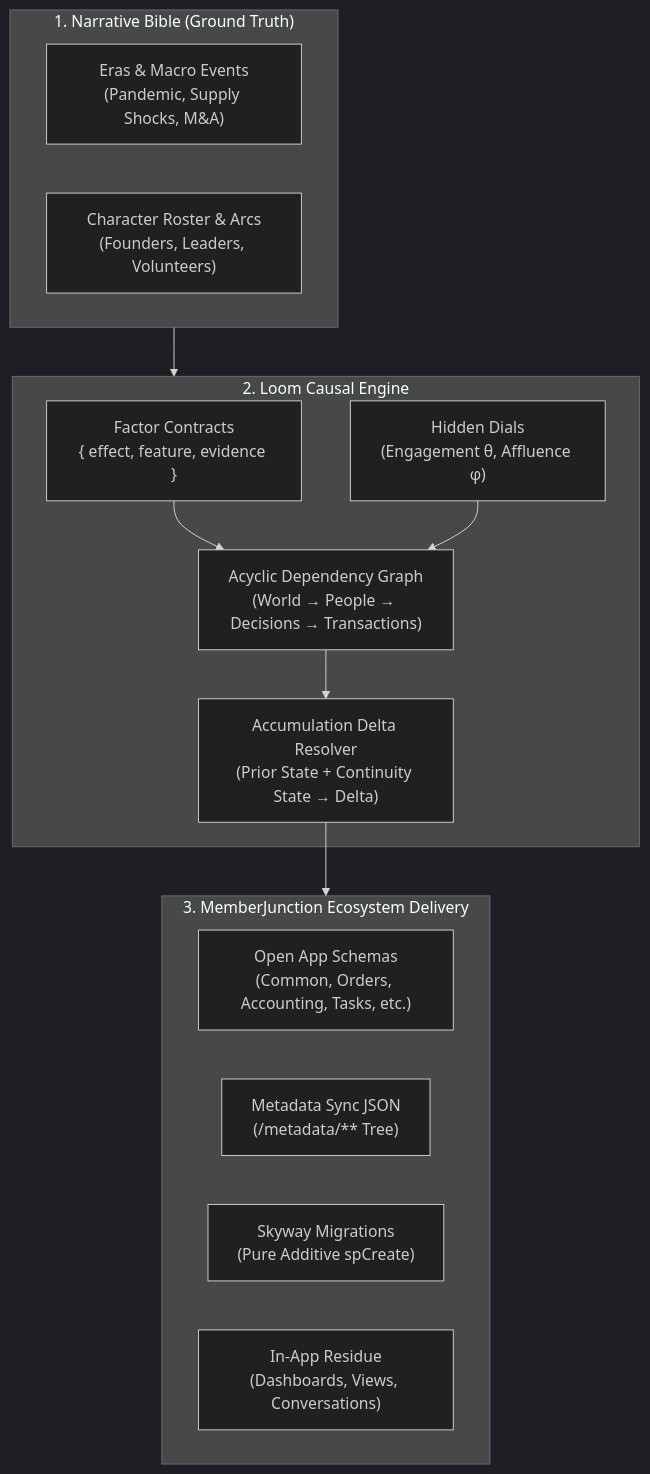
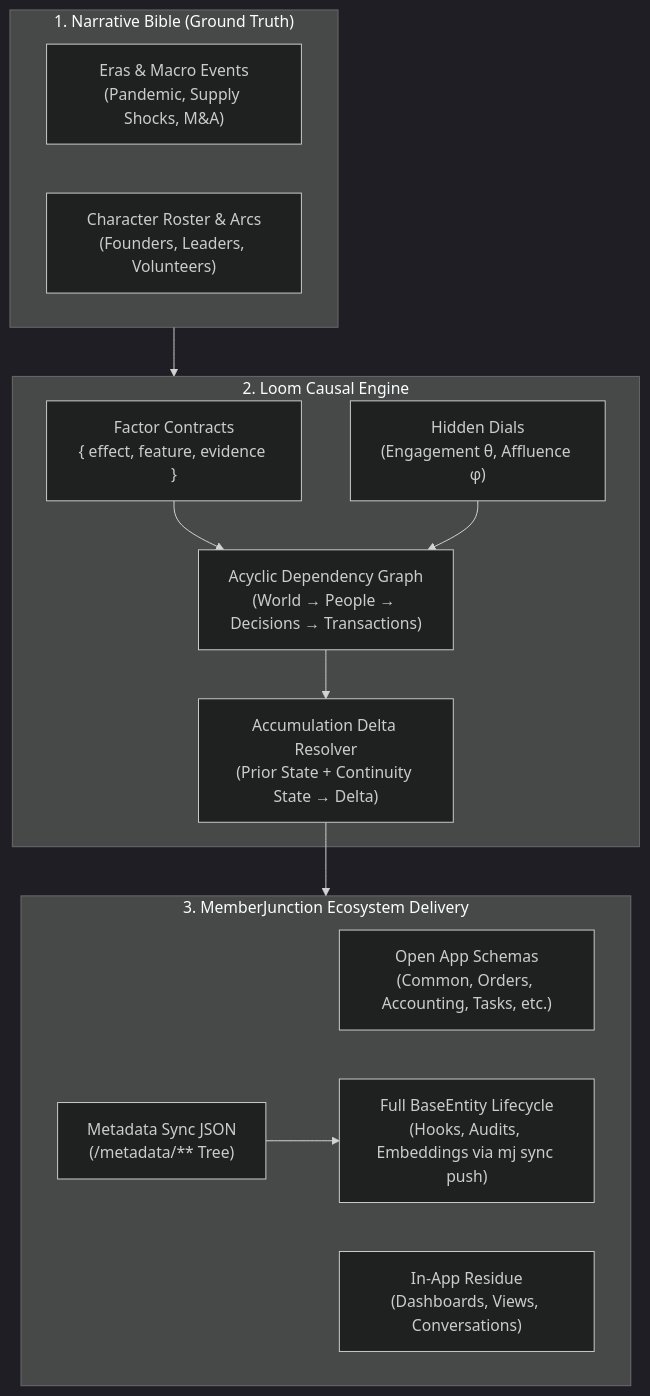
The diagram in README.md (MemberJunction/loom), drawn with Mermaid (dark theme) before and after one commit. The commit also changed other lines of this file and 5 other files, not shown here.

````diff
--- a/README.md
+++ b/README.md
@@ -34,27 +34,28 @@
 ```mermaid
 flowchart TD
     subgraph Narrative ["1. Narrative Bible (Ground Truth)"]
         NB["Eras & Macro Events<br/>(Pandemic, Supply Shocks, M&A)"]
         CH["Character Roster & Arcs<br/>(Founders, Leaders, Volunteers)"]
     end
 
     subgraph LoomEngine ["2. Loom Causal Engine"]
         FG["Factor Contracts<br/>{ effect, feature, evidence }"]
         HD["Hidden Dials<br/>(Engagement θ, Affluence φ)"]
         DAG["Acyclic Dependency Graph<br/>(World → People → Decisions → Transactions)"]
         ACC["Accumulation Delta Resolver<br/>(Prior State + Continuity State → Delta)"]
     end
 
     subgraph OutputStack ["3. MemberJunction Ecosystem Delivery"]
         OA["Open App Schemas<br/>(Common, Orders, Accounting, Tasks, etc.)"]
         SYNC["Metadata Sync JSON<br/>(/metadata/** Tree)"]
-        SK["Skyway Migrations<br/>(Pure Additive spCreate)"]
+        BE["Full BaseEntity Lifecycle<br/>(Hooks, Audits, Embeddings via mj sync push)"]
         UI["In-App Residue<br/>(Dashboards, Views, Conversations)"]
     end
 
     Narrative --> LoomEngine
     FG --> DAG
     HD --> DAG
     DAG --> ACC
     ACC --> OutputStack
+    SYNC --> BE
 ```
````
